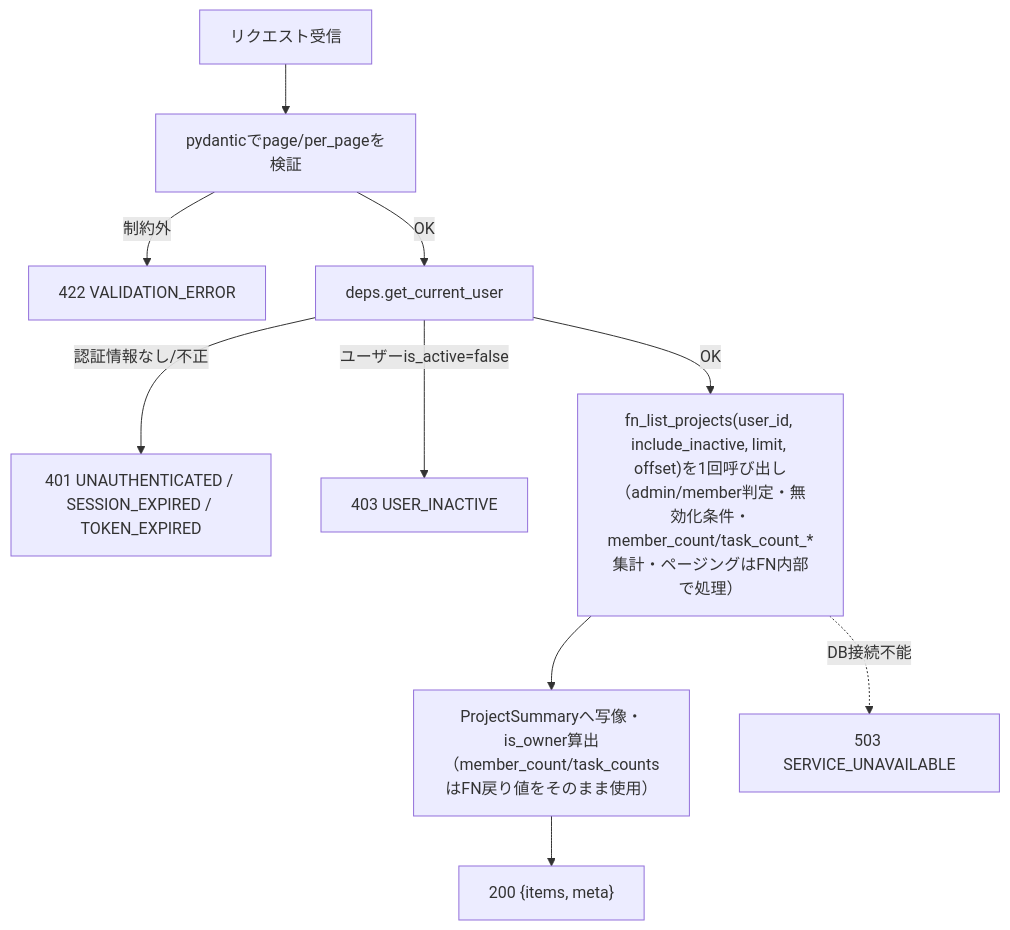
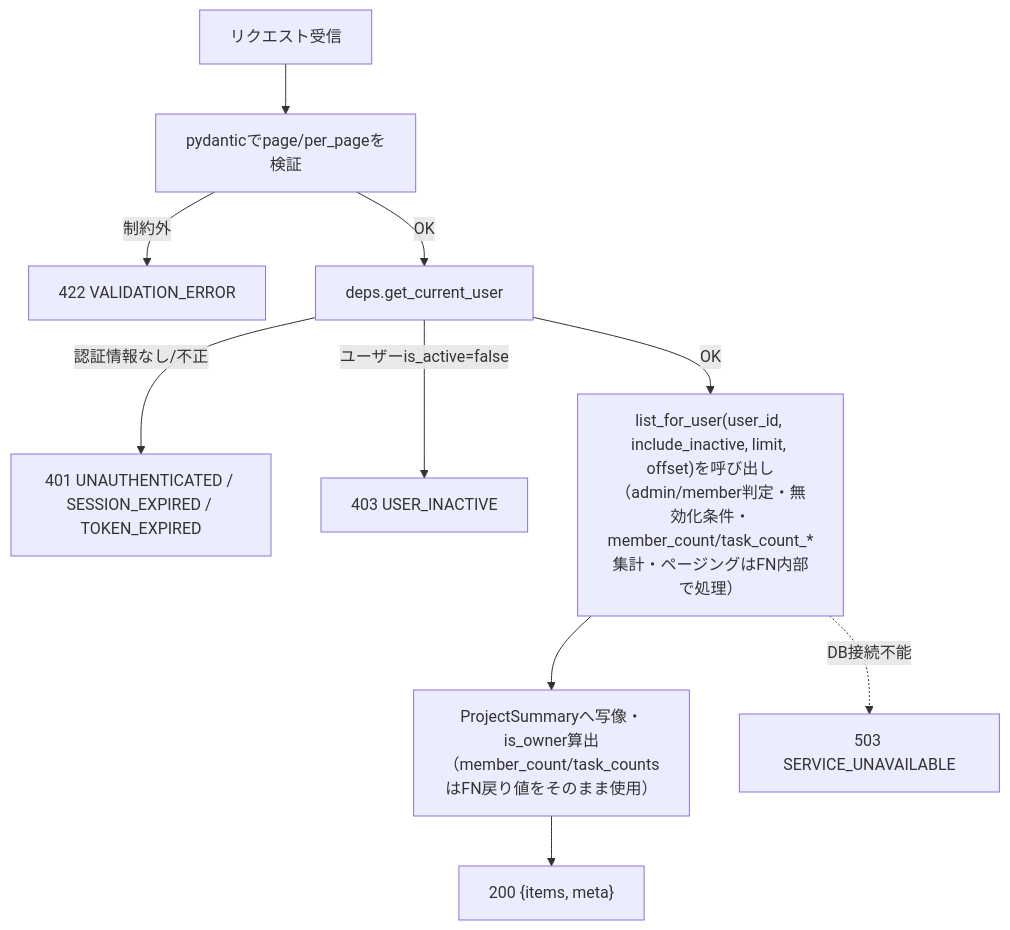
The second of 4 diagrams in docs/detailed_design/api/projects/01_get_projects.md (oikawa-d/task_management), drawn with Mermaid before and after one commit. The commit also changed other lines of this file and 8 other files, not shown here.

````diff
--- a/docs/detailed_design/api/projects/01_get_projects.md
+++ b/docs/detailed_design/api/projects/01_get_projects.md
@@ -138,12 +138,12 @@
 ```mermaid
 flowchart TB
     A["リクエスト受信"] --> B["pydanticでpage/per_pageを検証"]
     B -->|"制約外"| B1["422 VALIDATION_ERROR"]
     B -->|"OK"| C["deps.get_current_user"]
     C -->|"認証情報なし/不正"| C1["401 UNAUTHENTICATED / SESSION_EXPIRED / TOKEN_EXPIRED"]
     C -->|"ユーザーis_active=false"| C2["403 USER_INACTIVE"]
-    C -->|"OK"| D["fn_list_projects(user_id, include_inactive, limit, offset)を1回呼び出し\n（admin/member判定・無効化条件・member_count/task_count_*集計・ページングはFN内部で処理）"]
+    C -->|"OK"| D["list_for_user(user_id, include_inactive, limit, offset)を呼び出し\n（admin/member判定・無効化条件・member_count/task_count_*集計・ページングはFN内部で処理）"]
     D --> H["ProjectSummaryへ写像・is_owner算出\n（member_count/task_countsはFN戻り値をそのまま使用）"]
     H --> I["200 {items, meta}"]
     D -.->|"DB接続不能"| J["503 SERVICE_UNAVAILABLE"]
 ```
````
